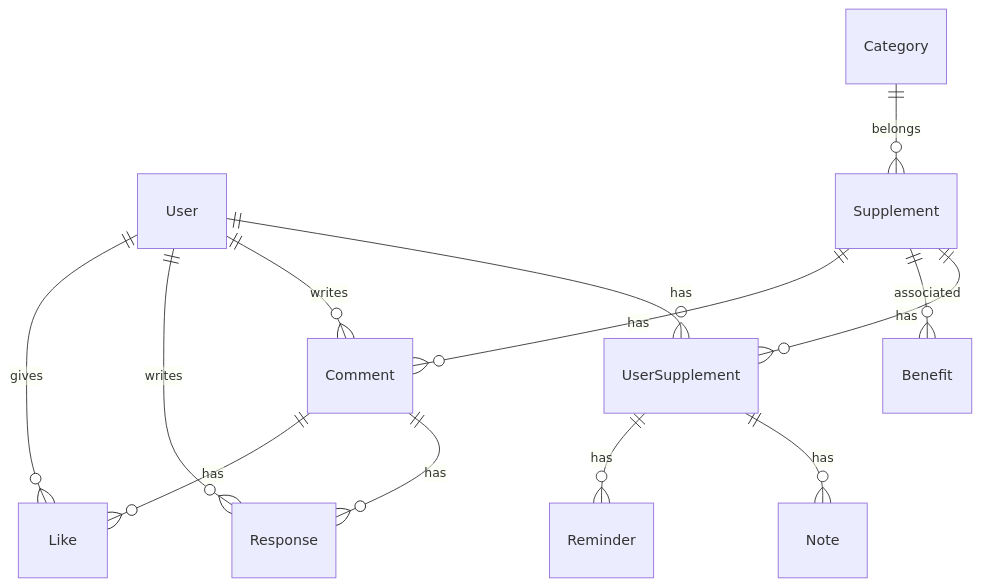
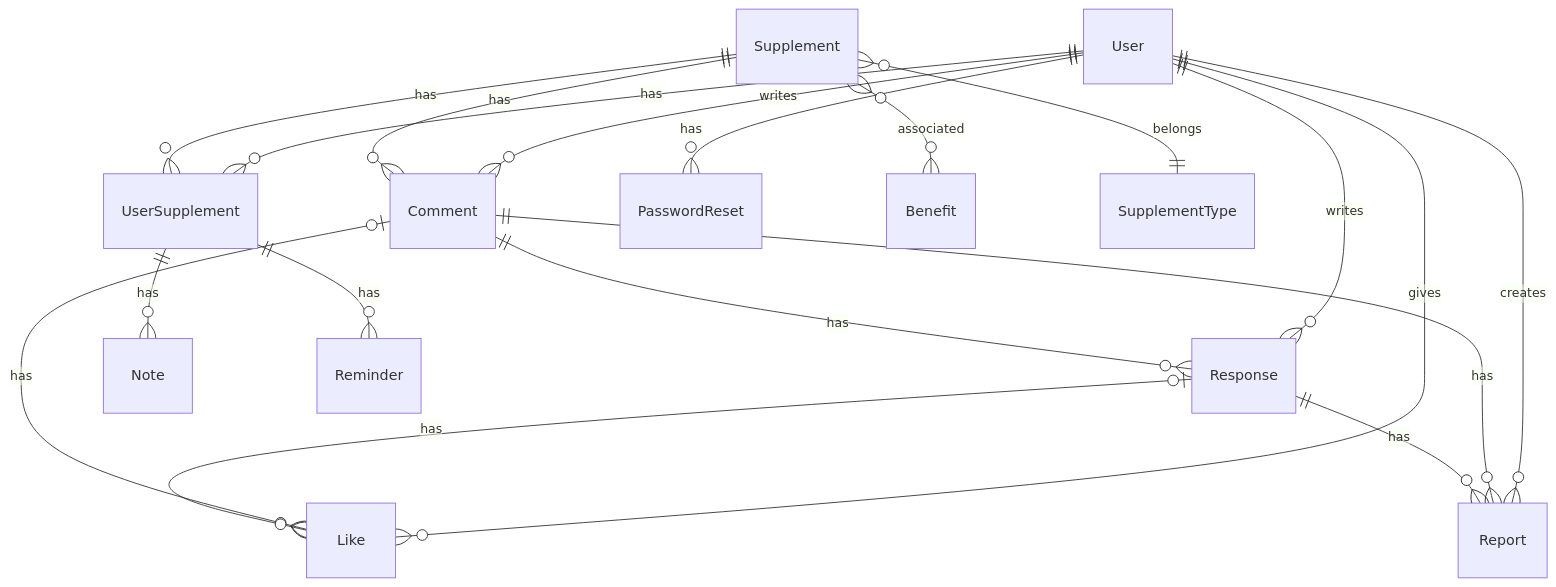
Before and after one commit to ArchilaRojas-Javier/project-final-cdpi: the diagram in dossier-projet/entityRelation.md, drawn with Mermaid. The commit also changed 3 other files, not shown here.

````diff
--- a/dossier-projet/entityRelation.md
+++ b/dossier-projet/entityRelation.md
@@ -3,15 +3,33 @@
 ```mermaid
 erDiagram
+    direction TB
     User ||--o{ UserSupplement: "has"
-    Supplement ||--o{ UserSupplement : "has"
-    UserSupplement ||--o{ Note : "has"
-    UserSupplement ||--o{ Reminder : "has"
-    Supplement ||--o{ Benefit : "associated"
-    Category ||--o{ Supplement : "belongs"
-    Supplement ||--o{ Comment : "has"
     User ||--o{ Comment : "writes"
     User ||--o{ Response : "writes"
     User ||--o{ Like : "gives"
+    User ||--o{ Report : "creates"
+    User ||--o{ PasswordReset : "has"
+    
+    Supplement ||--o{ UserSupplement : "has"
+    Supplement }o--o{ Benefit : "associated"
+    Supplement ||--o{ Comment : "has"
+    Supplement }o--|| SupplementType : "belongs"
+
+    UserSupplement ||--o{ Note : "has"
+    UserSupplement ||--o{ Reminder : "has"
+
+
     Comment ||--o{ Response : "has"
-    Comment ||--o{ Like : "has"
+    Comment |o--o{ Like : "has"
+    Comment ||--o{ Report : "has"
+
+    Response |o--o{ Like : "has"
+    Response ||--o{ Report : "has"
+
+
+
+
+
+
+
 ```
````
